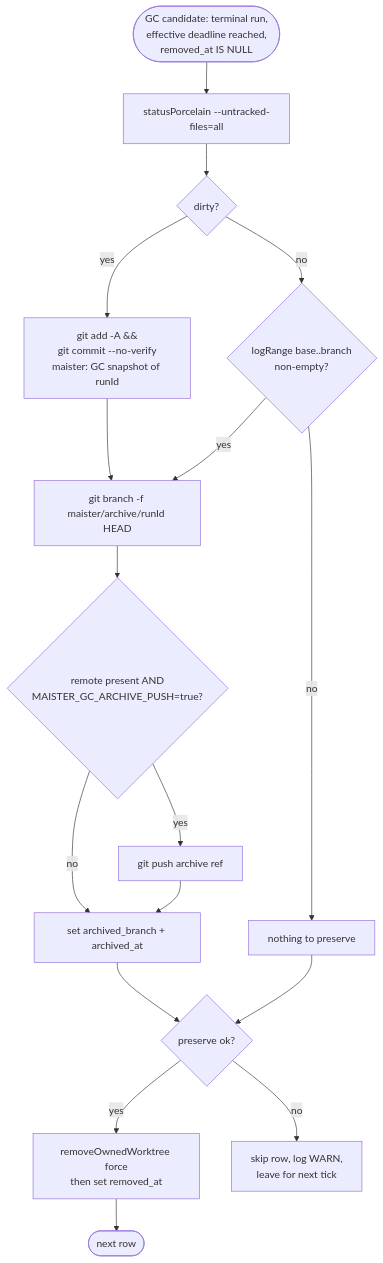
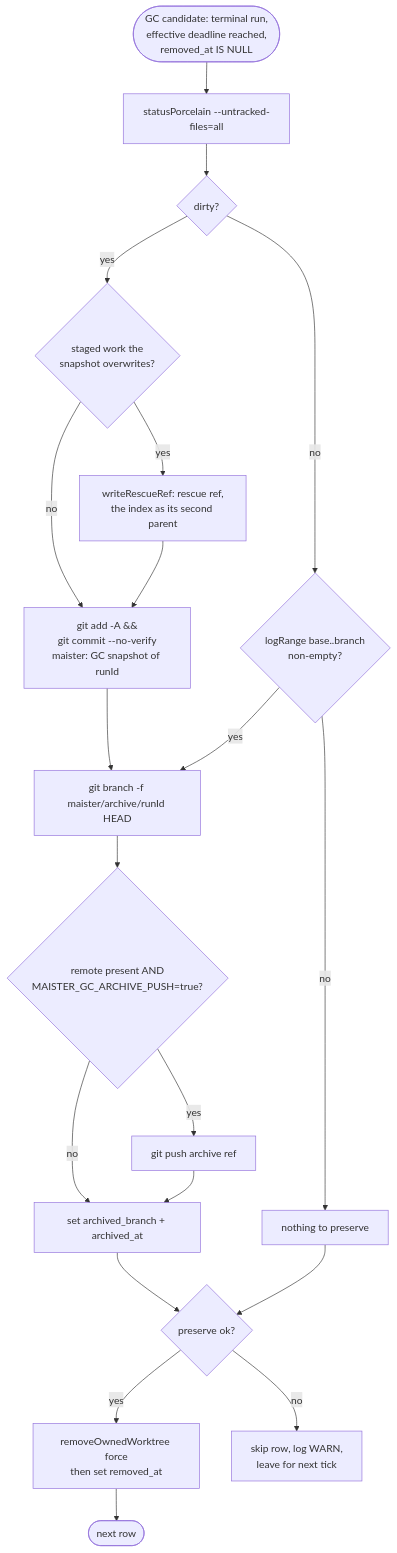
One commit to maister-dev/maister changed the fifth of 6 diagrams in docs/system-analytics/reconciliation-gc.md. Above: the diagram before and after it, drawn with Mermaid. The commit also changed other lines of this file and 10 other files, not shown here.

First line of the commit message:
fix(workbench-git): a rescue keeps the index — staged work is never the reset's to take

````diff
--- a/docs/system-analytics/reconciliation-gc.md
+++ b/docs/system-analytics/reconciliation-gc.md
@@ -472,19 +472,22 @@
 ```mermaid
 flowchart TD
     Start([GC candidate: terminal run,<br/>effective deadline reached,<br/>removed_at IS NULL]) --> Porcelain[statusPorcelain --untracked-files=all]
     Porcelain --> Dirty{dirty?}
-    Dirty -- yes --> Snap[git add -A &&<br/>git commit --no-verify<br/>maister: GC snapshot of runId]
+    Dirty -- yes --> Staged{staged work the<br/>snapshot overwrites?}
+    Staged -- yes --> Rescue[writeRescueRef: rescue ref,<br/>the index as its second parent]
+    Staged -- no --> Snap[git add -A &&<br/>git commit --no-verify<br/>maister: GC snapshot of runId]
+    Rescue --> Snap
     Dirty -- no --> DivCheck{logRange base..branch<br/>non-empty?}
     Snap --> Arch[git branch -f maister/archive/runId HEAD]
     DivCheck -- yes --> Arch
     DivCheck -- no --> NothingToPreserve[nothing to preserve]
     Arch --> Push{remote present AND<br/>MAISTER_GC_ARCHIVE_PUSH=true?}
     Push -- yes --> DoPush[git push archive ref]
     Push -- no --> Mark[set archived_branch + archived_at]
     DoPush --> Mark
     Mark --> Ok{preserve ok?}
     NothingToPreserve --> Ok
     Ok -- yes --> Remove[removeOwnedWorktree force<br/>then set removed_at]
     Ok -- no --> SkipRow[skip row, log WARN,<br/>leave for next tick]
     Remove --> Done([next row])
 ```
````
